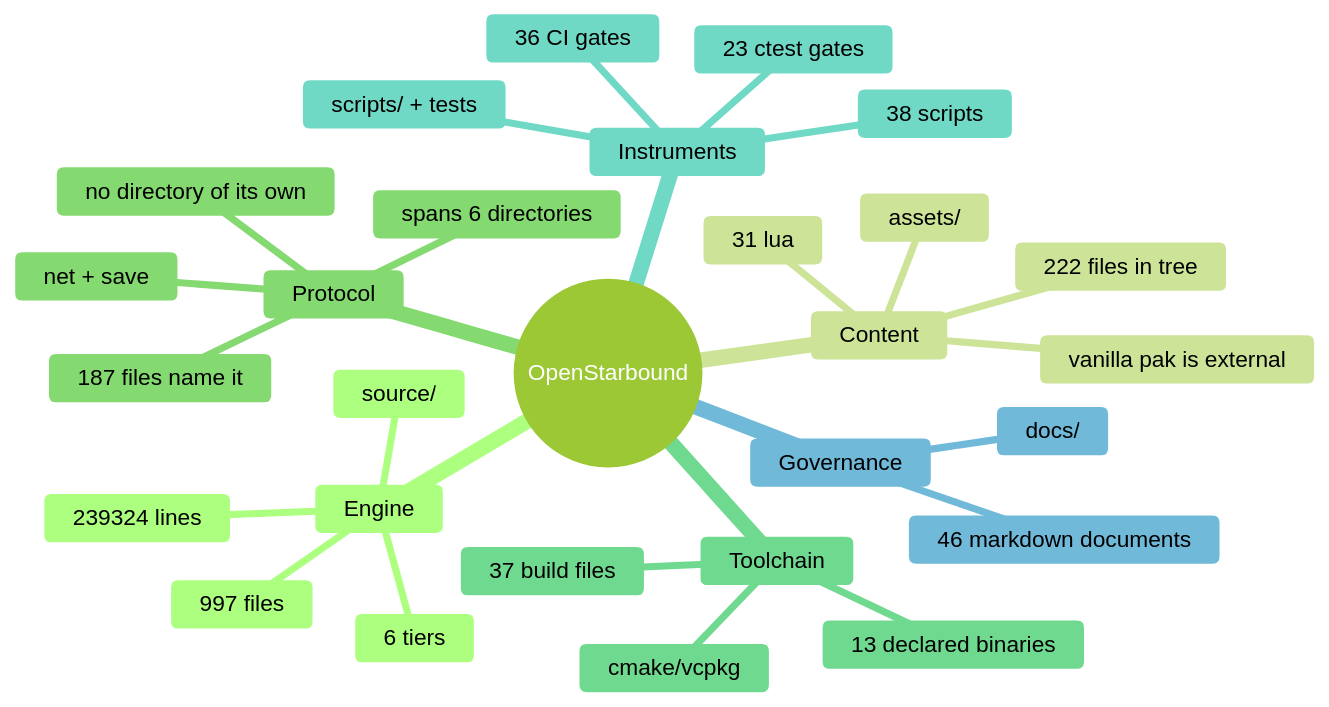
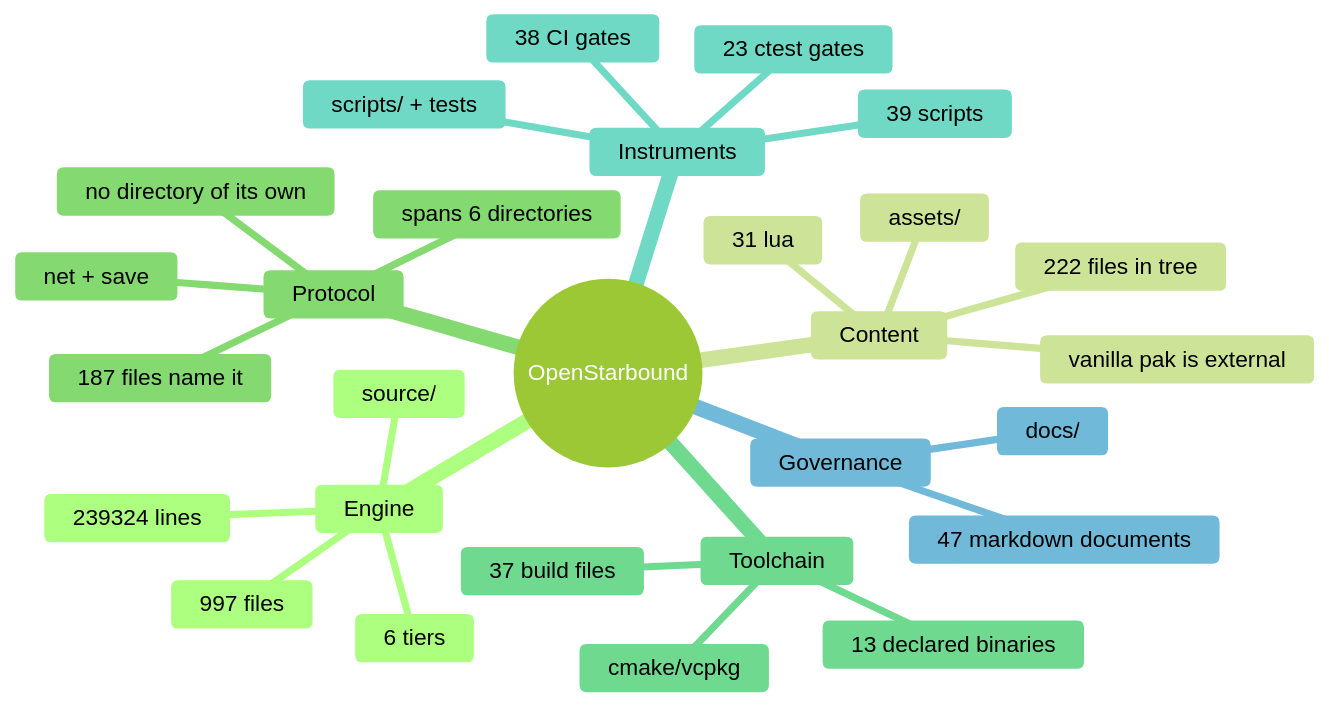
One commit to apnex/OpenStarbound changed the second of 11 diagrams in docs/architecture/system-boundaries.md. Above: the diagram before and after it, drawn with Mermaid (forest theme). The commit also changed 6 other files, not shown here.

````diff
--- a/docs/architecture/system-boundaries.md
+++ b/docs/architecture/system-boundaries.md
@@ -166,31 +166,31 @@
 ```mermaid
 mindmap
   root((OpenStarbound))
     Engine
       source/
       997 files
       239324 lines
       6 tiers
     Content
       assets/
       222 files in tree
       31 lua
       vanilla pak is external
     Protocol
       net + save
       187 files name it
       spans 6 directories
       no directory of its own
     Toolchain
       cmake/vcpkg
       37 build files
       13 declared binaries
     Instruments
       scripts/ + tests
-      38 scripts
+      39 scripts
       23 ctest gates
-      36 CI gates
+      38 CI gates
     Governance
       docs/
-      46 markdown documents
+      47 markdown documents
 ```
````
